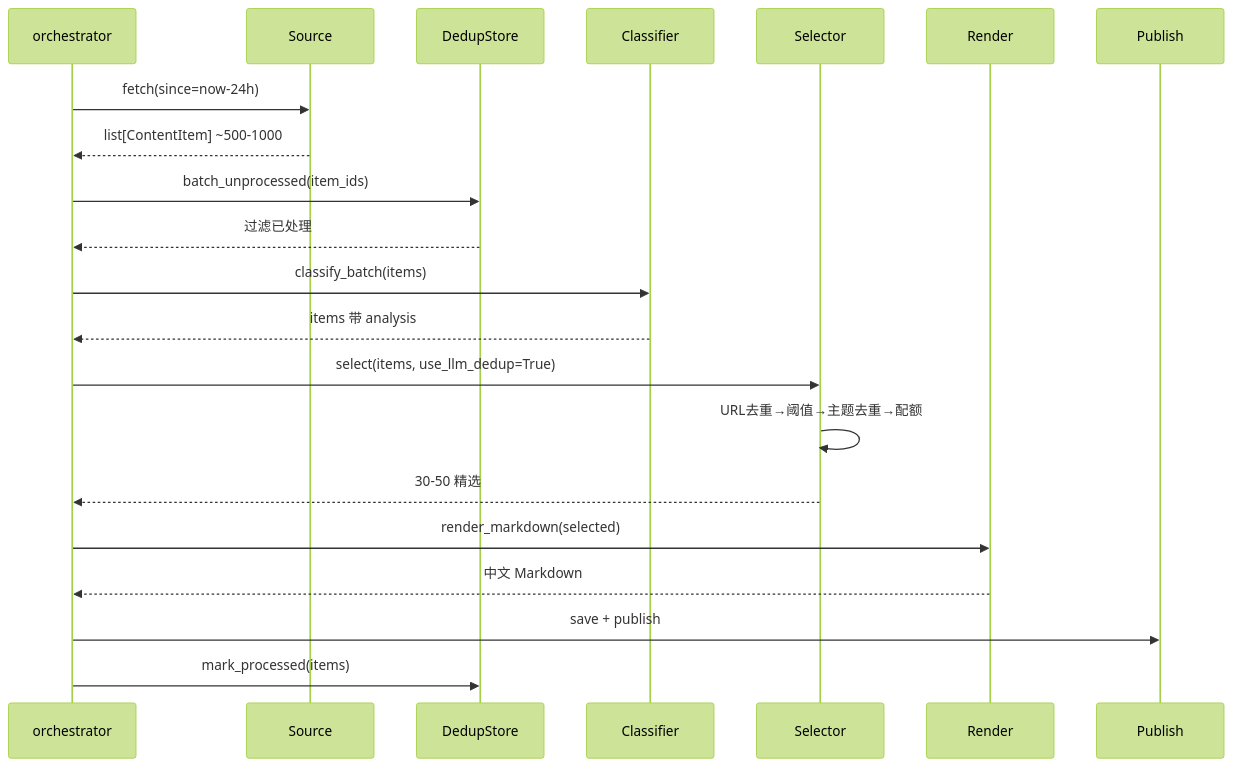
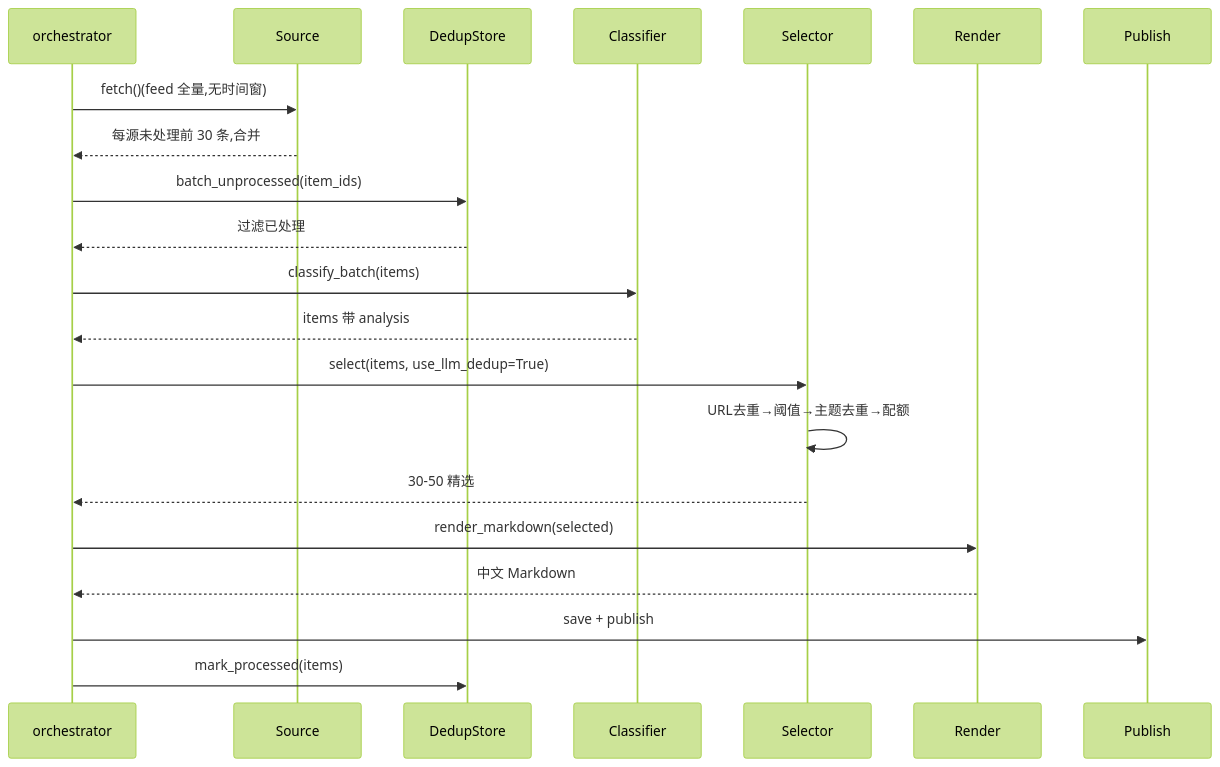
The second of 2 diagrams in docs/TECH.md (int2t05/rss-reader), drawn with Mermaid (forest theme) before and after one commit. The commit also changed other lines of this file and 16 other files, not shown here.

First line of the commit message:
refactor: RSS feed 即消息队列 — 去 since 时间窗,消费位点断点续传

````diff
--- a/docs/TECH.md
+++ b/docs/TECH.md
@@ -159,24 +159,24 @@
 ```mermaid
 sequenceDiagram
     participant M as orchestrator
     participant S as Source
     participant D as DedupStore
     participant T1 as Classifier
     participant T2 as Selector
     participant R as Render
     participant P as Publish
 
-    M->>S: fetch(since=now-24h)
-    S-->>M: list[ContentItem] ~500-1000
+    M->>S: fetch()(feed 全量,无时间窗)
+    S-->>M: 每源未处理前 30 条,合并
     M->>D: batch_unprocessed(item_ids)
     D-->>M: 过滤已处理
     M->>T1: classify_batch(items)
     T1-->>M: items 带 analysis
     M->>T2: select(items, use_llm_dedup=True)
     T2->>T2: URL去重→阈值→主题去重→配额
     T2-->>M: 30-50 精选
     M->>R: render_markdown(selected)
     R-->>M: 中文 Markdown
     M->>P: save + publish
     M->>D: mark_processed(items)
 ```
````
